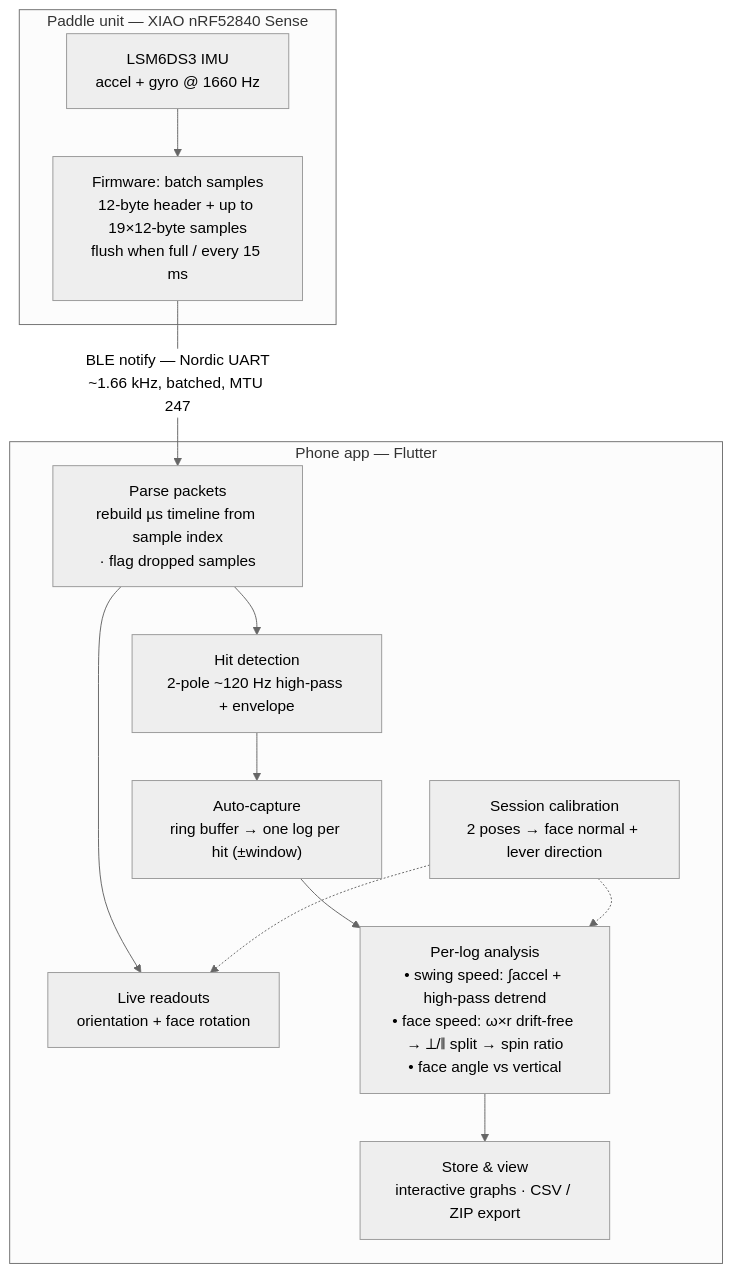
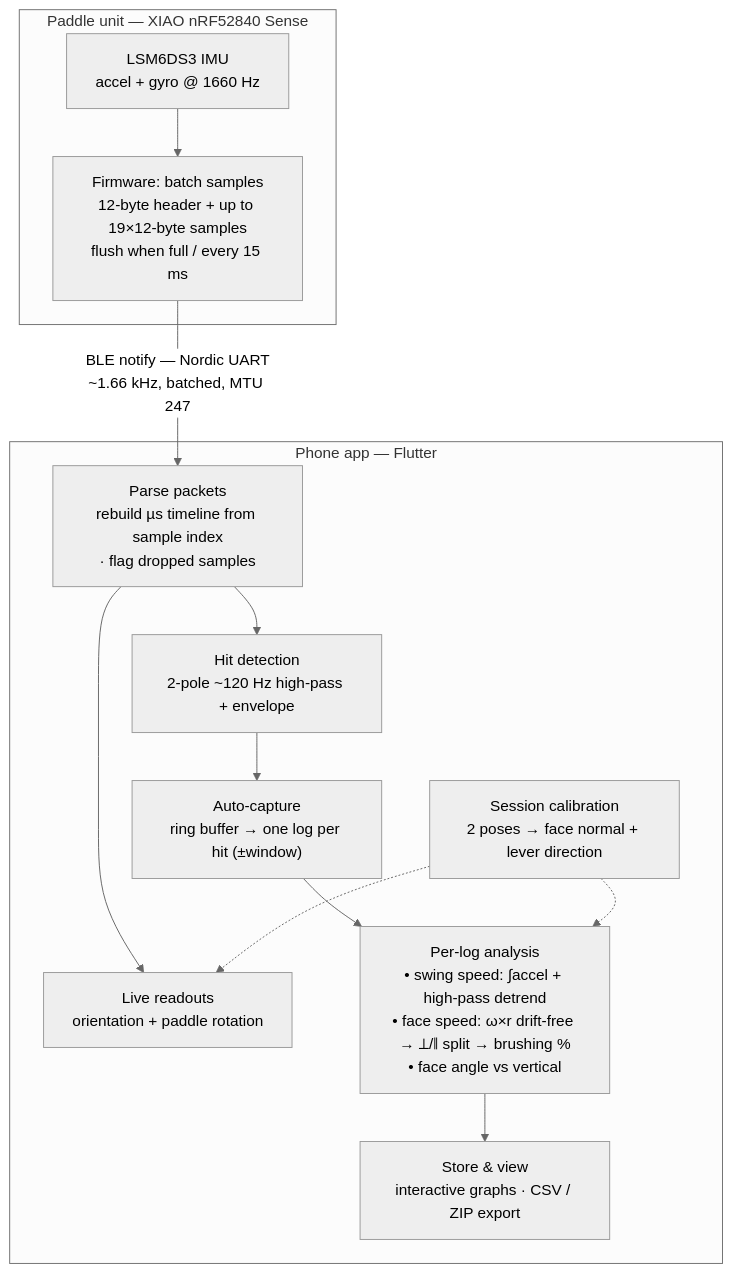
One commit to RuiqiLiu2014/ping-pong-tracker changed the diagram in README.md. Above: the diagram before and after it, drawn with Mermaid (neutral theme). The commit also changed other lines of this file, not shown here.

````diff
--- a/README.md
+++ b/README.md
@@ -52,22 +57,22 @@
 ```mermaid
 flowchart TD
   subgraph PADDLE["Paddle unit — XIAO nRF52840 Sense"]
     IMU["LSM6DS3 IMU<br/>accel + gyro @ 1660 Hz"]
     FW["Firmware: batch samples<br/>12-byte header + up to 19×12-byte samples<br/>flush when full / every 15 ms"]
     IMU --> FW
   end
   FW -->|"BLE notify — Nordic UART<br/>~1.66 kHz, batched, MTU 247"| PARSE
   subgraph PHONE["Phone app — Flutter"]
     PARSE["Parse packets<br/>rebuild µs timeline from sample index<br/>· flag dropped samples"]
-    LIVE["Live readouts<br/>orientation + face rotation"]
+    LIVE["Live readouts<br/>orientation + paddle rotation"]
     HIT["Hit detection<br/>2-pole ~120 Hz high-pass + envelope"]
     CAP["Auto-capture<br/>ring buffer → one log per hit (±window)"]
-    ANALYZE["Per-log analysis<br/>• swing speed: ∫accel + high-pass detrend<br/>• face speed: ω×r drift-free → ⟂/∥ split → spin ratio<br/>• face angle vs vertical"]
+    ANALYZE["Per-log analysis<br/>• swing speed: ∫accel + high-pass detrend<br/>• face speed: ω×r drift-free → ⟂/∥ split → brushing %<br/>• face angle vs vertical"]
     STORE["Store &amp; view<br/>interactive graphs · CSV / ZIP export"]
     CAL["Session calibration<br/>2 poses → face normal + lever direction"]
     PARSE --> LIVE
     PARSE --> HIT --> CAP --> ANALYZE --> STORE
     CAL -.-> ANALYZE
     CAL -.-> LIVE
   end
 ```
````
